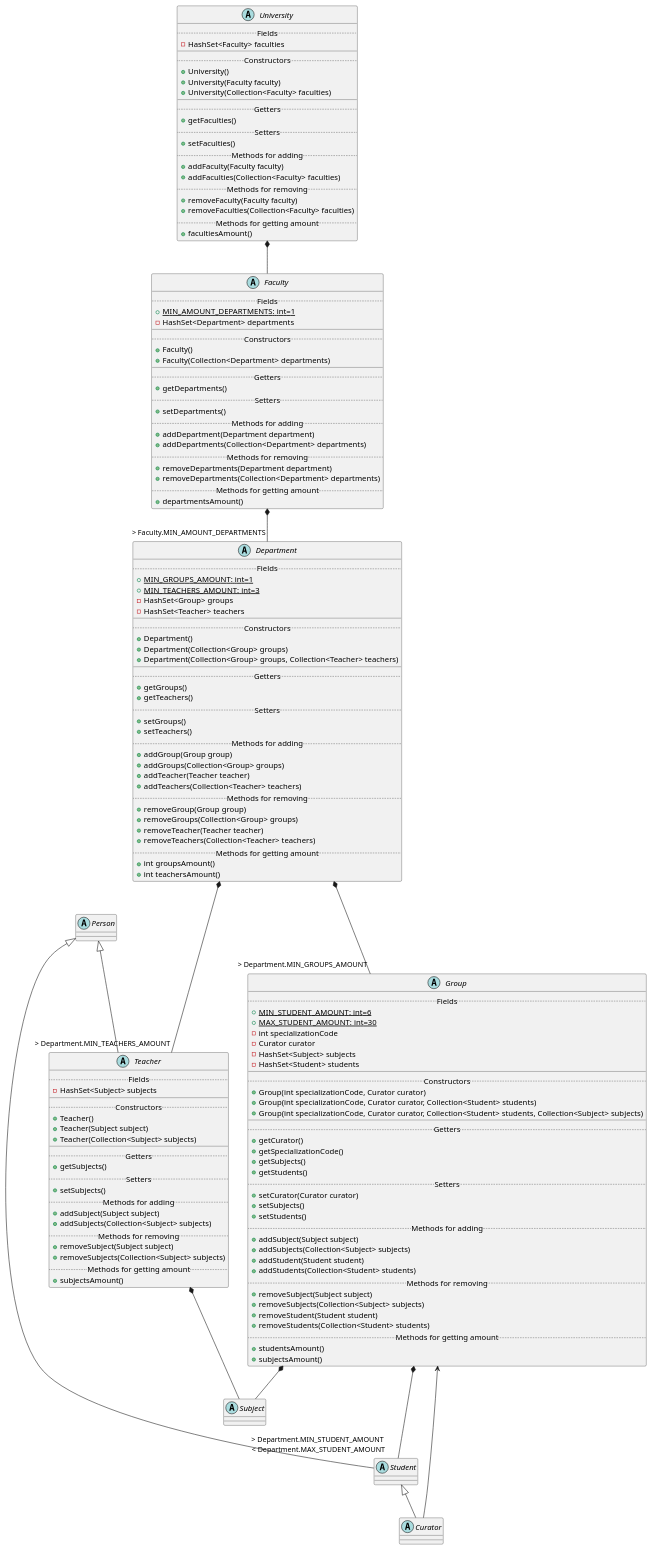
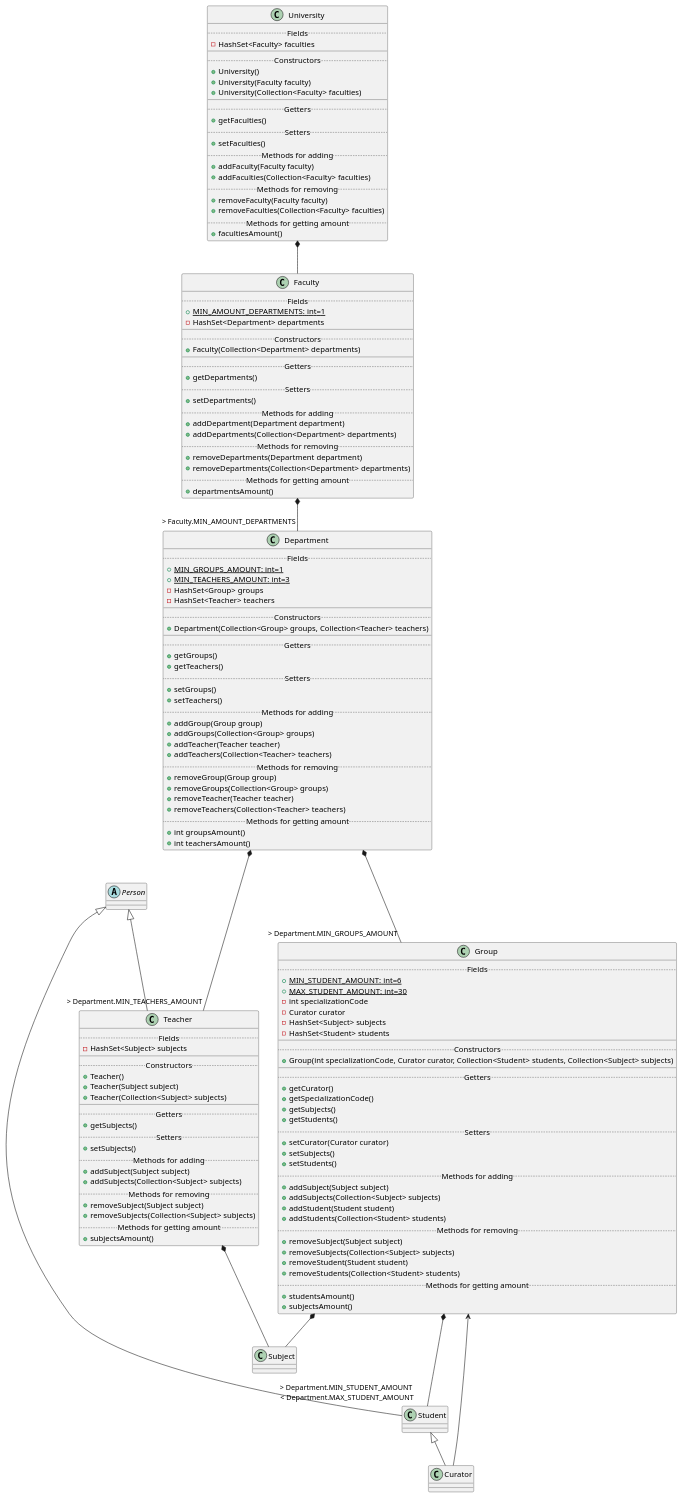
One commit to RomenKost2332Java/Task3 changed the diagram in subjectArea.puml. Above: the diagram before and after it, drawn with PlantUML. The commit also changed 1 other file, not shown here.

Commit message:
Updated UML diagram.

```diff
--- a/subjectArea.puml
+++ b/subjectArea.puml
@@ -1,160 +1,155 @@
 @startuml
-abstract class University {
+class University {
 .. Fields ..
 -HashSet<Faculty> faculties
 ____
 .. Constructors ..
 +University()
 +University(Faculty faculty)
 +University(Collection<Faculty> faculties)
 ____
 .. Getters ..
 +getFaculties()
 .. Setters ..
 +setFaculties()
 .. Methods for adding ..
 +addFaculty(Faculty faculty)
 +addFaculties(Collection<Faculty> faculties)
 .. Methods for removing ..
 +removeFaculty(Faculty faculty)
 +removeFaculties(Collection<Faculty> faculties)
 .. Methods for getting amount ..
 +facultiesAmount()
 }
 
-abstract class Faculty{
+class Faculty{
 .. Fields ..
 +{static} MIN_AMOUNT_DEPARTMENTS: int=1
 -HashSet<Department> departments
 ____
 .. Constructors ..
-+Faculty()
 +Faculty(Collection<Department> departments)
 ____
 .. Getters ..
 +getDepartments()
 .. Setters ..
 +setDepartments()
 .. Methods for adding ..
 +addDepartment(Department department)
 +addDepartments(Collection<Department> departments)
 .. Methods for removing ..
 +removeDepartments(Department department)
 +removeDepartments(Collection<Department> departments)
 .. Methods for getting amount ..
 +departmentsAmount()
 }
 
-abstract class Department{
+class Department{
 .. Fields ..
 +{static}MIN_GROUPS_AMOUNT: int=1
 +{static}MIN_TEACHERS_AMOUNT: int=3
 -HashSet<Group> groups
 -HashSet<Teacher> teachers
 ____
 .. Constructors ..
-+Department()
-+Department(Collection<Group> groups)
 +Department(Collection<Group> groups, Collection<Teacher> teachers)
 ____
 .. Getters ..
 +getGroups()
 +getTeachers()
 .. Setters ..
 +setGroups()
 +setTeachers()
 .. Methods for adding ..
 +addGroup(Group group)
 +addGroups(Collection<Group> groups)
 +addTeacher(Teacher teacher)
 +addTeachers(Collection<Teacher> teachers)
 .. Methods for removing ..
 +removeGroup(Group group)
 +removeGroups(Collection<Group> groups)
 +removeTeacher(Teacher teacher)
 +removeTeachers(Collection<Teacher> teachers)
 .. Methods for getting amount ..
 +int groupsAmount()
 +int teachersAmount()
 }
 
-abstract class Group{
+class Group{
 .. Fields ..
 +{static}MIN_STUDENT_AMOUNT: int=6
 +{static}MAX_STUDENT_AMOUNT: int=30
 -int specializationCode
 -Curator curator
 -HashSet<Subject> subjects
 -HashSet<Student> students
 ____
 .. Constructors ..
-+Group(int specializationCode, Curator curator)
-+Group(int specializationCode, Curator curator, Collection<Student> students)
 +Group(int specializationCode, Curator curator, Collection<Student> students, Collection<Subject> subjects)
 ____
 .. Getters ..
 +getCurator()
 +getSpecializationCode()
 +getSubjects()
 +getStudents()
 .. Setters..
 +setCurator(Curator curator)
 +setSubjects()
 +setStudents()
 .. Methods for adding ..
 +addSubject(Subject subject)
 +addSubjects(Collection<Subject> subjects)
 +addStudent(Student student)
 +addStudents(Collection<Student> students)
 .. Methods for removing ..
 +removeSubject(Subject subject)
 +removeSubjects(Collection<Subject> subjects)
 +removeStudent(Student student)
 +removeStudents(Collection<Student> students)
 .. Methods for getting amount ..
 +studentsAmount()
 +subjectsAmount()
 }
 
-abstract class Teacher{
+class Teacher{
 .. Fields ..
 -HashSet<Subject> subjects
 ____
 .. Constructors ..
 +Teacher()
 +Teacher(Subject subject)
 +Teacher(Collection<Subject> subjects)
 ____
 .. Getters ..
 +getSubjects()
 .. Setters ..
 +setSubjects()
 .. Methods for adding ..
 +addSubject(Subject subject)
 +addSubjects(Collection<Subject> subjects)
 .. Methods for removing ..
 +removeSubject(Subject subject)
 +removeSubjects(Collection<Subject> subjects)
 .. Methods for getting amount ..
 +subjectsAmount()
 }
 
-abstract class Student
-abstract class Subject
+class Student
+class Subject
 abstract class Person
-abstract class Curator
+class Curator
 
 University *-- Faculty
 Faculty *-- "> Faculty.MIN_AMOUNT_DEPARTMENTS" Department
 Department *--- "> Department.MIN_GROUPS_AMOUNT" Group
 Department *--- "> Department.MIN_TEACHERS_AMOUNT" Teacher
 Group *--- "> Department.MIN_STUDENT_AMOUNT \n< Department.MAX_STUDENT_AMOUNT" Student
 Teacher *-- Subject
 Group *-- Subject
 
 Person <|-- Teacher
 Person <|-- Student
 Student <|-- Curator
 
 Group <-- Curator
 @enduml
```
